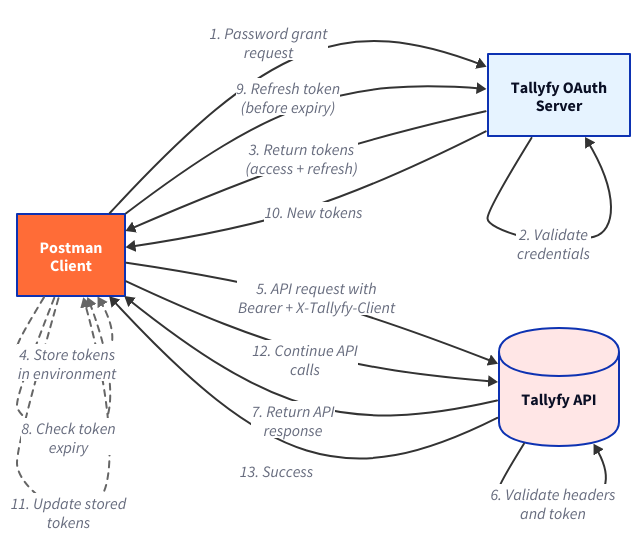
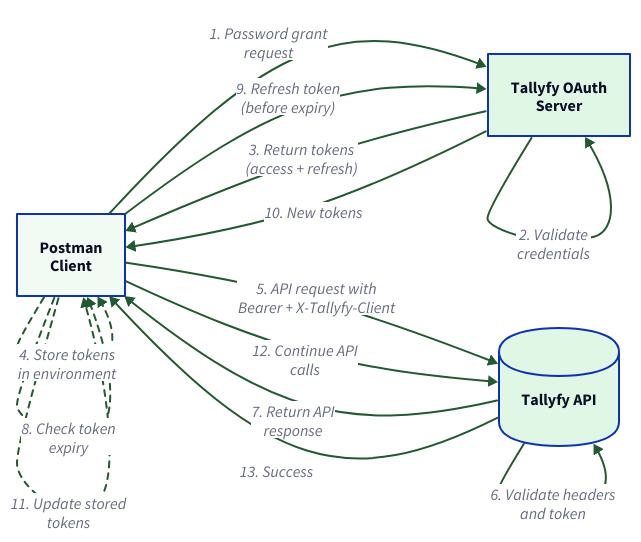
The diagram in src/content/docs/pro/integrations/open-api/api-clients/postman/authentication-setup.mdx (tallyfy/documentation), drawn with D2 before and after one commit. The commit also changed 66 other files, not shown here.

````diff
--- a/src/content/docs/pro/integrations/open-api/api-clients/postman/authentication-setup.mdx
+++ b/src/content/docs/pro/integrations/open-api/api-clients/postman/authentication-setup.mdx
@@ -93,74 +93,73 @@
 ```d2
 direction: right
 
 Postman: "Postman\nClient" {
   shape: rectangle
-  style.fill: "#ff6c37"
-  style.font-color: "#fff"
+  style.fill: "#f2faf4"
 }
 
 OAuth: "Tallyfy OAuth\nServer" {
   shape: rectangle
-  style.fill: "#e6f3ff"
+  style.fill: "#e1f7e6"
 }
 
 API: "Tallyfy API" {
   shape: cylinder
-  style.fill: "#ffe6e6"
+  style.fill: "#e1f7e6"
 }
 
 Postman -> OAuth: "1. Password grant\nrequest" {
-  style.stroke: "#333"
+  style.stroke: "#225930"
 }
 
 OAuth -> OAuth: "2. Validate\ncredentials" {
-  style.stroke: "#333"
+  style.stroke: "#225930"
 }
 
 OAuth -> Postman: "3. Return tokens\n(access + refresh)" {
-  style.stroke: "#333"
+  style.stroke: "#225930"
 }
 
 Postman -> Postman: "4. Store tokens\nin environment" {
-  style.stroke: "#666"
+  style.stroke: "#225930"
   style.stroke-dash: 3
 }
 
 Postman -> API: "5. API request with\nBearer + X-Tallyfy-Client" {
-  style.stroke: "#333"
+  style.stroke: "#225930"
 }
 
 API -> API: "6. Validate headers\nand token" {
-  style.stroke: "#333"
+  style.stroke: "#225930"
 }
 
 API -> Postman: "7. Return API\nresponse" {
-  style.stroke: "#333"
+  style.stroke: "#225930"
 }
 
 Postman -> Postman: "8. Check token\nexpiry" {
-  style.stroke: "#666"
+  style.stroke: "#225930"
   style.stroke-dash: 3
 }
 
 Postman -> OAuth: "9. Refresh token\n(before expiry)" {
-  style.stroke: "#333"
+  style.stroke: "#225930"
 }
 
 OAuth -> Postman: "10. New tokens" {
-  style.stroke: "#333"
+  style.stroke: "#225930"
 }
 
 Postman -> Postman: "11. Update stored\ntokens" {
-  style.stroke: "#666"
+  style.stroke: "#225930"
   style.stroke-dash: 3
 }
 
 Postman -> API: "12. Continue API\ncalls" {
-  style.stroke: "#333"
+  style.stroke: "#225930"
 }
 
 API -> Postman: "13. Success" {
-  style.stroke: "#333"
+  style.stroke: "#225930"
 }
 ```
````
